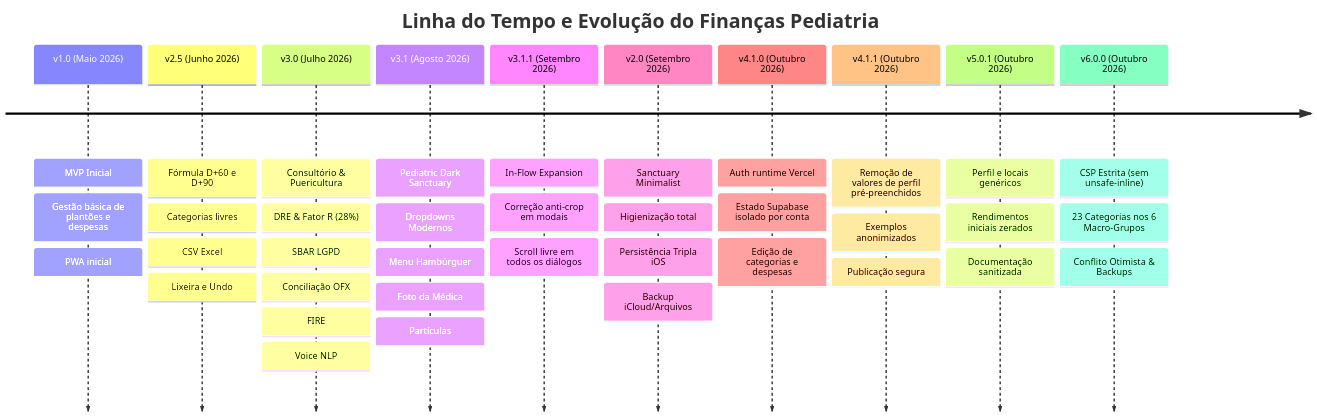
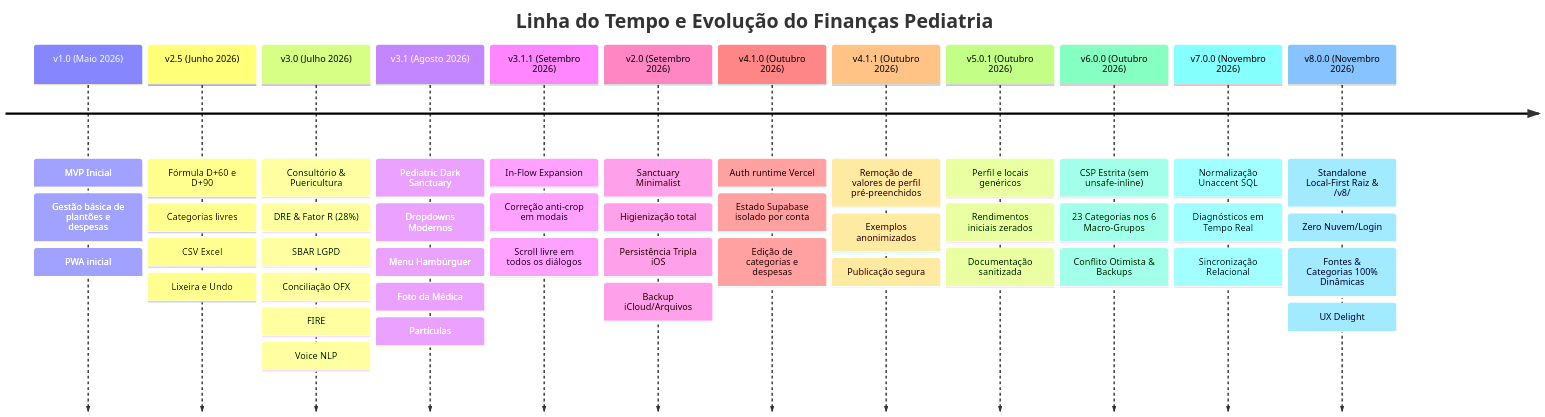
Before and after one commit to Chneto/Nanda_ped: the diagram in roadmap.md, drawn with Mermaid. The commit also changed other lines of this file and 28 other files, not shown here.

Commit message:
docs(v8): atualizar MEMORY.md, RECOVERY.md, agents.md, README.md, RELEASE_NOTES.md, context.md, roadmap.md e snapshot_v8.0

````diff
--- a/roadmap.md
+++ b/roadmap.md
@@ -25,14 +26,16 @@
 ```mermaid
 timeline
     title Linha do Tempo e Evolução do Finanças Pediatria
     v1.0 (Maio 2026) : MVP Inicial : Gestão básica de plantões e despesas : PWA inicial
     v2.5 (Junho 2026) : Fórmula D+60 e D+90 : Categorias livres : CSV Excel : Lixeira e Undo
     v3.0 (Julho 2026) : Consultório & Puericultura : DRE & Fator R (28%) : SBAR LGPD : Conciliação OFX : FIRE : Voice NLP
     v3.1 (Agosto 2026) : Pediatric Dark Sanctuary : Dropdowns Modernos : Menu Hambúrguer : Foto da Médica : Partículas
     v3.1.1 (Setembro 2026) : In-Flow Expansion : Correção anti-crop em modais : Scroll livre em todos os diálogos
     v2.0 (Setembro 2026) : Sanctuary Minimalist : Higienização total : Persistência Tripla iOS : Backup iCloud/Arquivos
     v4.1.0 (Outubro 2026) : Auth runtime Vercel : Estado Supabase isolado por conta : Edição de categorias e despesas
     v4.1.1 (Outubro 2026) : Remoção de valores de perfil pré-preenchidos : Exemplos anonimizados : Publicação segura
     v5.0.1 (Outubro 2026) : Perfil e locais genéricos : Rendimentos iniciais zerados : Documentação sanitizada
     v6.0.0 (Outubro 2026) : CSP Estrita (sem unsafe-inline) : 23 Categorias nos 6 Macro-Grupos : Conflito Otimista & Backups
+    v7.0.0 (Novembro 2026) : Normalização Unaccent SQL : Diagnósticos em Tempo Real : Sincronização Relacional
+    v8.0.0 (Novembro 2026) : Standalone Local-First Raiz & /v8/ : Zero Nuvem/Login : Fontes & Categorias 100% Dinâmicas : UX Delight
 ```
````
